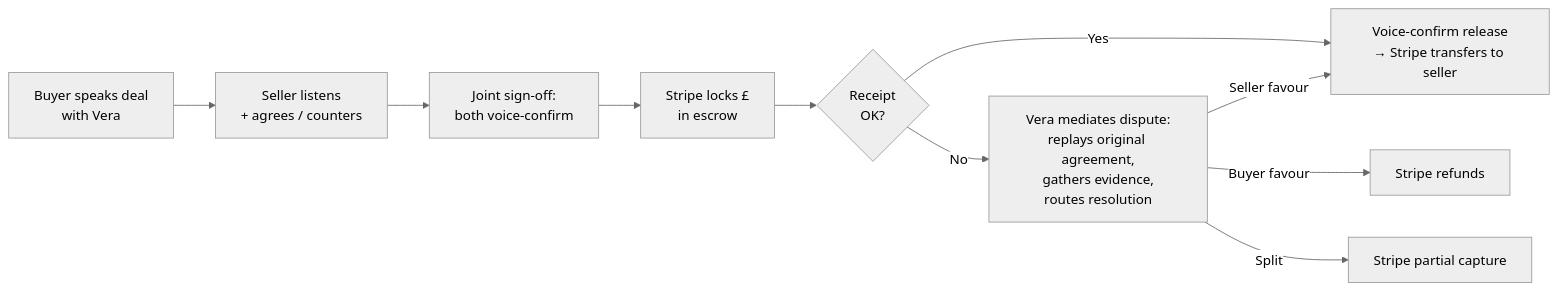
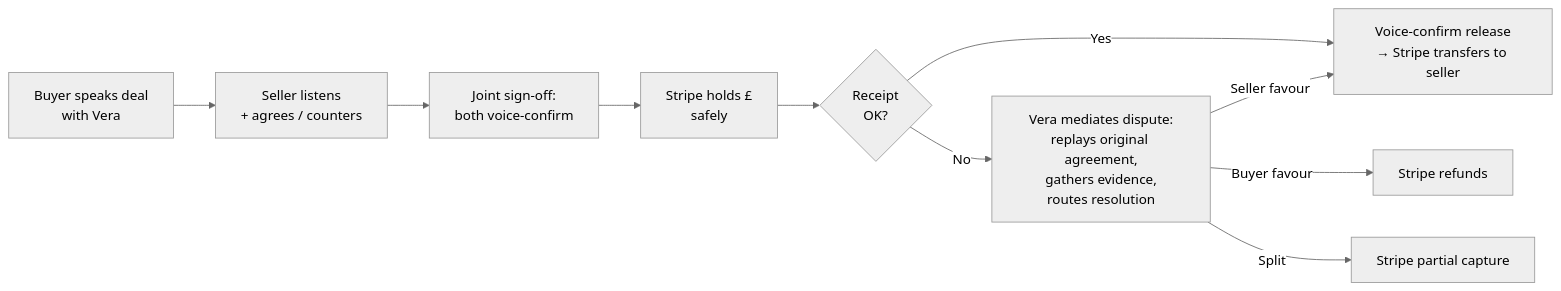
One commit to cheung-scott/vouch changed the diagram in README.md. Above: the diagram before and after it, drawn with Mermaid (neutral theme). The commit also changed other lines of this file and 4 other files, not shown here.

````diff
--- a/README.md
+++ b/README.md
@@ -31,12 +28,12 @@
 ```mermaid
 flowchart LR
     A[Buyer speaks deal<br/>with Vera] --> B[Seller listens<br/>+ agrees / counters]
     B --> C[Joint sign-off:<br/>both voice-confirm]
-    C --> D[Stripe locks £<br/>in escrow]
+    C --> D[Stripe holds £<br/>safely]
     D --> E{Receipt<br/>OK?}
     E -->|Yes| F[Voice-confirm release<br/>→ Stripe transfers to seller]
     E -->|No| G[Vera mediates dispute:<br/>replays original agreement,<br/>gathers evidence,<br/>routes resolution]
     G -->|Buyer favour| H[Stripe refunds]
     G -->|Seller favour| F
     G -->|Split| I[Stripe partial capture]
 ```
````
